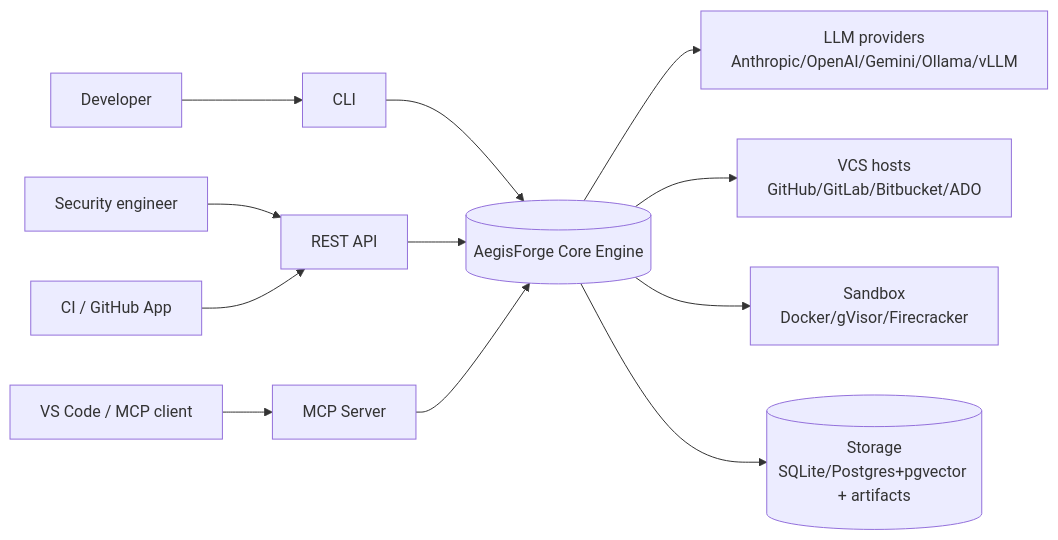
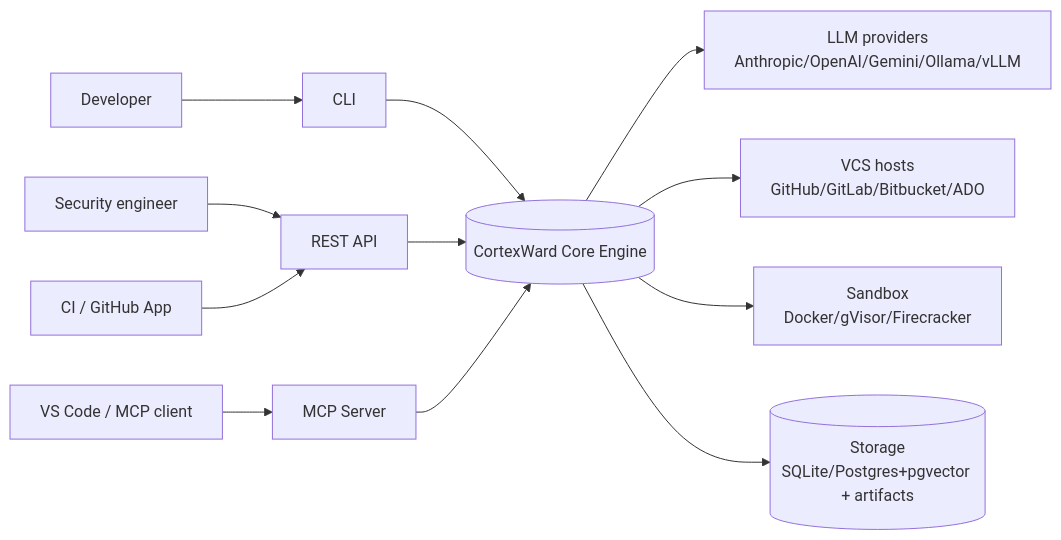
One commit to amarjaleelbanbhan/AegisForge changed the first of 4 diagrams in docs/specifications/MPS-v1.0.md. Above: the diagram before and after it, drawn with Mermaid. The commit also changed other lines of this file and 120 other files, not shown here.

````diff
--- a/docs/specifications/MPS-v1.0.md
+++ b/docs/specifications/MPS-v1.0.md
@@ -175,12 +175,12 @@
 ```mermaid
 flowchart LR
   Dev[Developer] --> CLI
   Sec[Security engineer] --> API[REST API]
   CI[CI / GitHub App] --> API
   IDE[VS Code / MCP client] --> MCP[MCP Server]
-  CLI & API & MCP --> Core[(AegisForge Core Engine)]
+  CLI & API & MCP --> Core[(CortexWard Core Engine)]
   Core --> LLMs[LLM providers\nAnthropic/OpenAI/Gemini/Ollama/vLLM]
   Core --> VCS[VCS hosts\nGitHub/GitLab/Bitbucket/ADO]
   Core --> Sbx[Sandbox\nDocker/gVisor/Firecracker]
   Core --> Store[(Storage\nSQLite/Postgres+pgvector + artifacts)]
 ```
````
